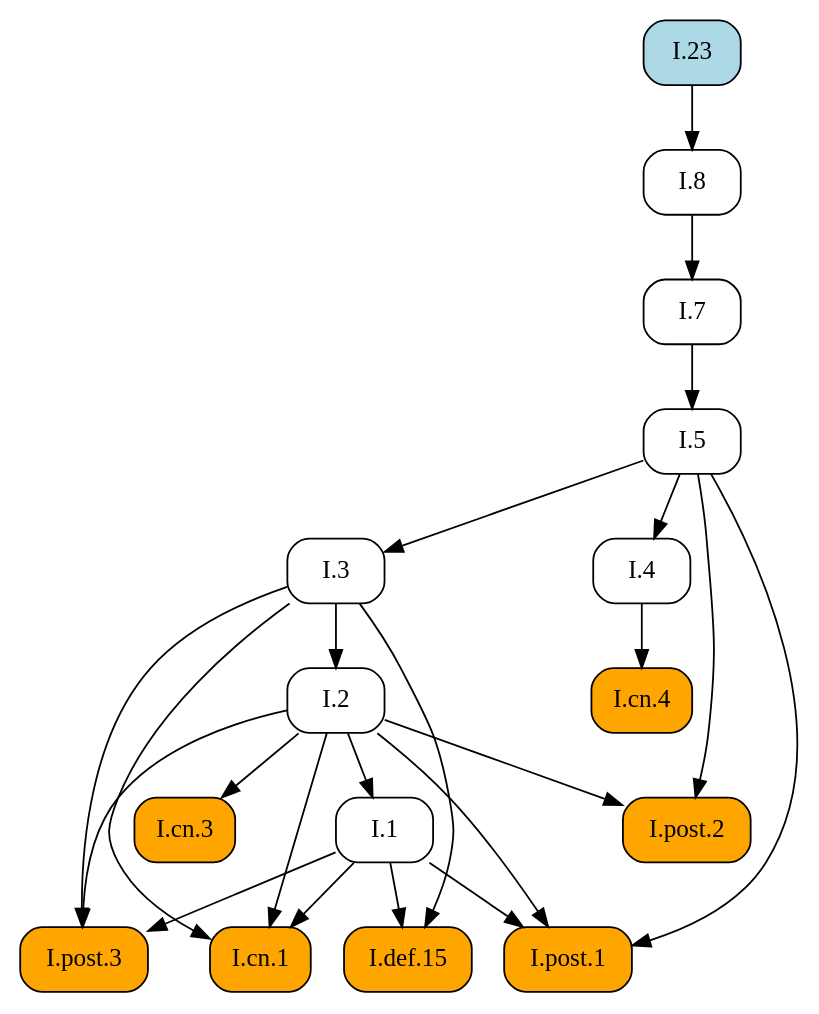
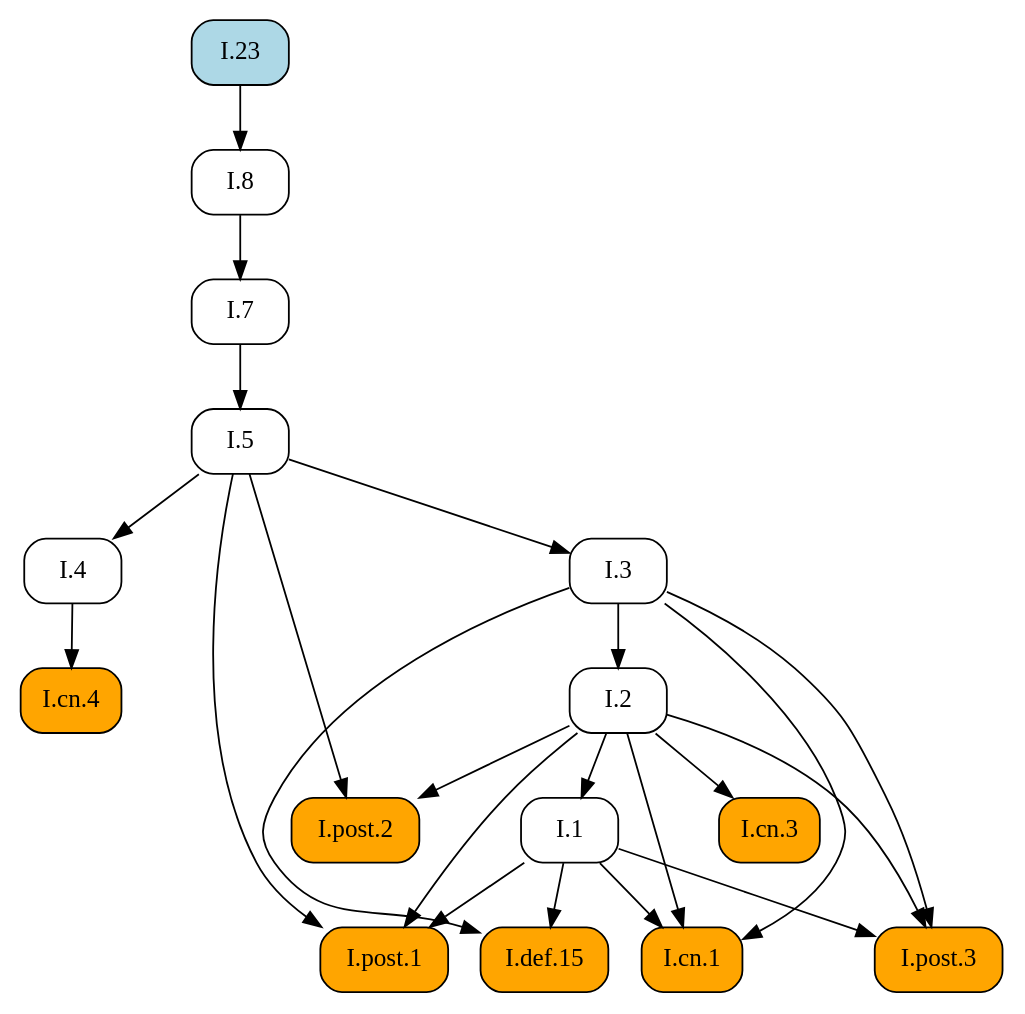
The diagram in docsrc/heath/I/23/index.rst (geometor/elements), drawn with Graphviz before and after one commit. The commit also changed other lines of this file and 484 other files, not shown here.

```diff
--- a/docsrc/heath/I/23/index.rst
+++ b/docsrc/heath/I/23/index.rst
@@ -40,43 +40,43 @@
 .. graphviz::
 
    digraph {
      rankdir="TB";
      node [shape=box, style=rounded];
+     "I.23" [style="rounded,filled", fillcolor=lightblue, URL="/heath/I/23/", target="_top"];
+     "I.cn.1" [style="rounded,filled", fillcolor=orange, URL="/heath/I/cn.1/", target="_top"];
+     "I.7" [URL="/heath/I/7/", target="_top"];
+     "I.2" [URL="/heath/I/2/", target="_top"];
      "I.def.15" [style="rounded,filled", fillcolor=orange, URL="/heath/I/def.15/", target="_top"];
-     "I.post.3" [style="rounded,filled", fillcolor=orange, URL="/heath/I/post.3/", target="_top"];
-     "I.1" [URL="/heath/I/1/", target="_top"];
-     "I.7" [URL="/heath/I/7/", target="_top"];
-     "I.cn.1" [style="rounded,filled", fillcolor=orange, URL="/heath/I/cn.1/", target="_top"];
-     "I.3" [URL="/heath/I/3/", target="_top"];
-     "I.cn.3" [style="rounded,filled", fillcolor=orange, URL="/heath/I/cn.3/", target="_top"];
-     "I.8" [URL="/heath/I/8/", target="_top"];
-     "I.2" [URL="/heath/I/2/", target="_top"];
      "I.4" [URL="/heath/I/4/", target="_top"];
      "I.cn.4" [style="rounded,filled", fillcolor=orange, URL="/heath/I/cn.4/", target="_top"];
-     "I.23" [style="rounded,filled", fillcolor=lightblue, URL="/heath/I/23/", target="_top"];
+     "I.1" [URL="/heath/I/1/", target="_top"];
+     "I.5" [URL="/heath/I/5/", target="_top"];
      "I.post.1" [style="rounded,filled", fillcolor=orange, URL="/heath/I/post.1/", target="_top"];
+     "I.8" [URL="/heath/I/8/", target="_top"];
      "I.post.2" [style="rounded,filled", fillcolor=orange, URL="/heath/I/post.2/", target="_top"];
-     "I.5" [URL="/heath/I/5/", target="_top"];
+     "I.post.3" [style="rounded,filled", fillcolor=orange, URL="/heath/I/post.3/", target="_top"];
+     "I.cn.3" [style="rounded,filled", fillcolor=orange, URL="/heath/I/cn.3/", target="_top"];
+     "I.3" [URL="/heath/I/3/", target="_top"];
+     "I.1" -> "I.cn.1";
+     "I.2" -> "I.cn.1";
+     "I.3" -> "I.cn.1";
+     "I.8" -> "I.7";
+     "I.3" -> "I.2";
      "I.1" -> "I.def.15";
      "I.3" -> "I.def.15";
+     "I.5" -> "I.4";
+     "I.4" -> "I.cn.4";
+     "I.2" -> "I.1";
+     "I.7" -> "I.5";
+     "I.1" -> "I.post.1";
+     "I.2" -> "I.post.1";
+     "I.5" -> "I.post.1";
+     "I.23" -> "I.8";
+     "I.2" -> "I.post.2";
+     "I.5" -> "I.post.2";
      "I.1" -> "I.post.3";
      "I.2" -> "I.post.3";
      "I.3" -> "I.post.3";
-     "I.2" -> "I.1";
-     "I.8" -> "I.7";
-     "I.1" -> "I.cn.1";
-     "I.2" -> "I.cn.1";
-     "I.3" -> "I.cn.1";
+     "I.2" -> "I.cn.3";
      "I.5" -> "I.3";
-     "I.2" -> "I.cn.3";
-     "I.23" -> "I.8";
-     "I.3" -> "I.2";
-     "I.5" -> "I.4";
-     "I.4" -> "I.cn.4";
-     "I.1" -> "I.post.1";
-     "I.2" -> "I.post.1";
-     "I.5" -> "I.post.1";
-     "I.2" -> "I.post.2";
-     "I.5" -> "I.post.2";
-     "I.7" -> "I.5";
    }
```
